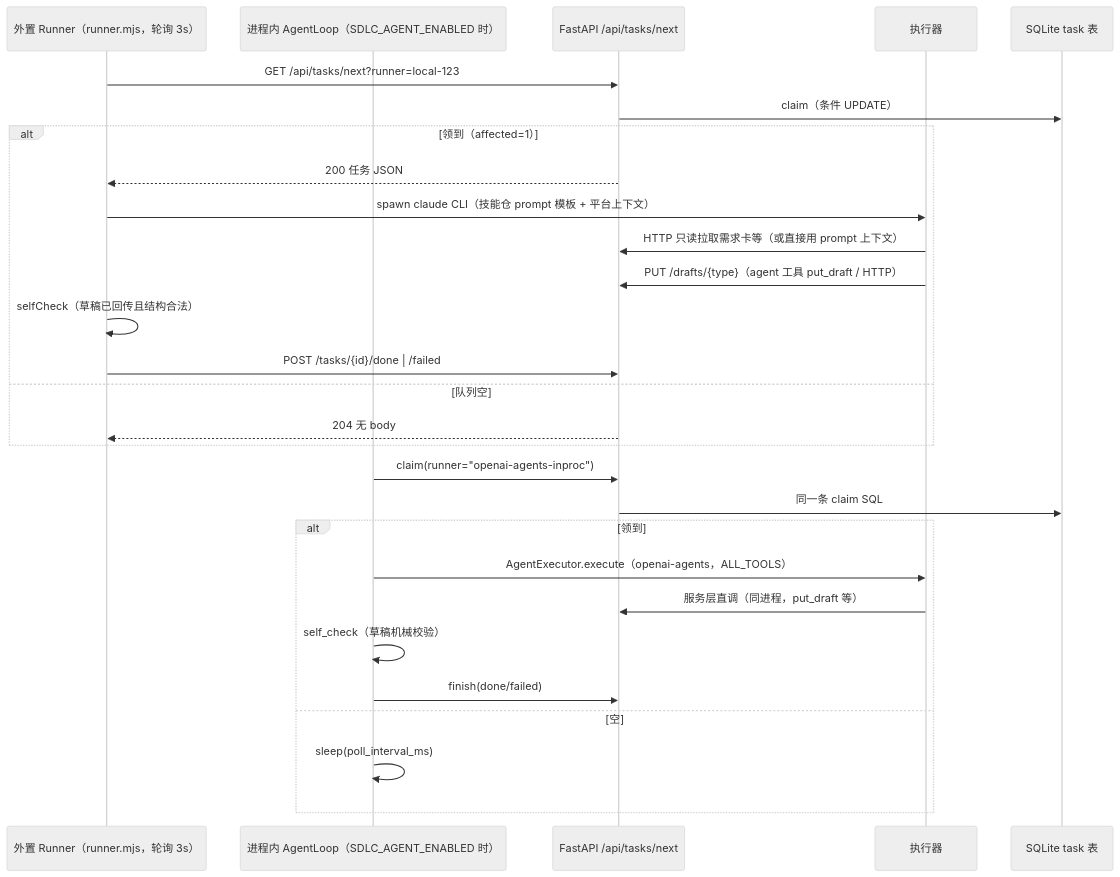
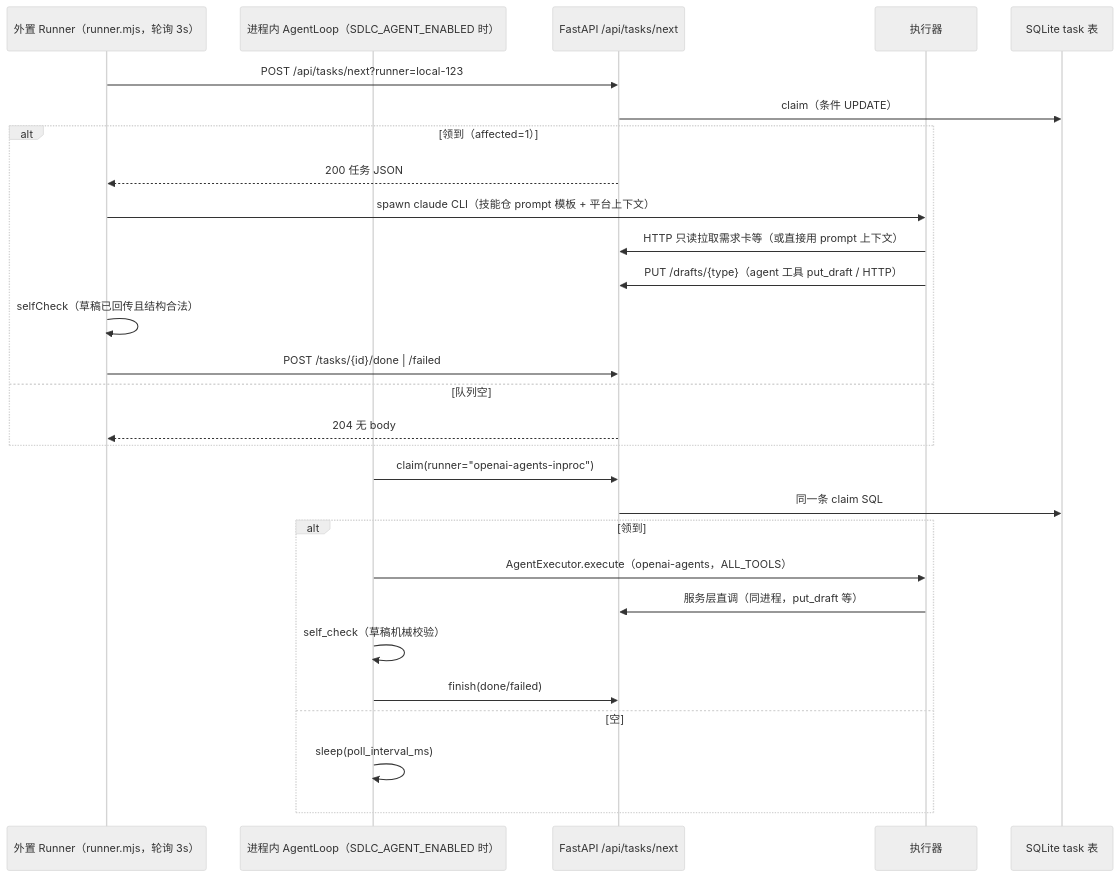
The sixth of 10 diagrams in docs/ER图与业务流程.md (TsCarpe/sdlc-platform-server), drawn with Mermaid (neutral theme) before and after one commit. The commit also changed other lines of this file and 6 other files, not shown here.

````diff
--- a/docs/ER图与业务流程.md
+++ b/docs/ER图与业务流程.md
@@ -387,31 +389,31 @@
 ```mermaid
 sequenceDiagram
     participant R as 外置 Runner（runner.mjs，轮询 3s）
     participant A as 进程内 AgentLoop（SDLC_AGENT_ENABLED 时）
     participant API as FastAPI /api/tasks/next
     participant EXE as 执行器
     participant DB as SQLite task 表
 
-    R->>API: GET /api/tasks/next?runner=local-123
+    R->>API: POST /api/tasks/next?runner=local-123
     API->>DB: claim（条件 UPDATE）
     alt 领到（affected=1）
         API-->>R: 200 任务 JSON
         R->>EXE: spawn claude CLI（技能仓 prompt 模板 + 平台上下文）
         EXE->>API: HTTP 只读拉取需求卡等（或直接用 prompt 上下文）
         EXE->>API: PUT /drafts/{type}（agent 工具 put_draft / HTTP）
         R->>R: selfCheck（草稿已回传且结构合法）
         R->>API: POST /tasks/{id}/done | /failed
     else 队列空
         API-->>R: 204 无 body
     end
     A->>API: claim(runner="openai-agents-inproc")
     API->>DB: 同一条 claim SQL
     alt 领到
         A->>EXE: AgentExecutor.execute（openai-agents，ALL_TOOLS）
         EXE->>API: 服务层直调（同进程，put_draft 等）
         A->>A: self_check（草稿机械校验）
         A->>API: finish(done/failed)
     else 空
         A->>A: sleep(poll_interval_ms)
     end
 ```
````
